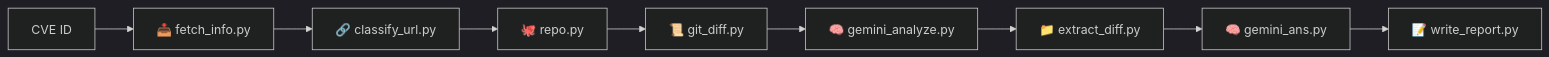
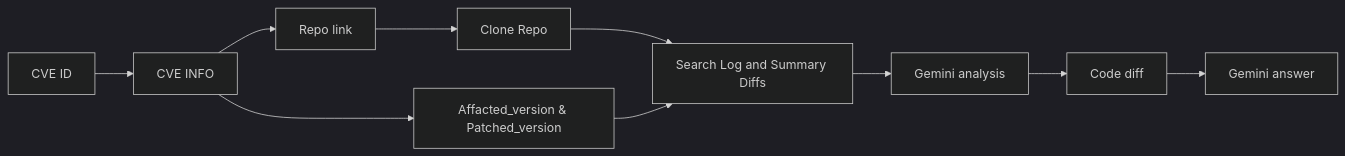
One commit to tuananh244/First_agent changed the diagram in README.md. Above: the diagram before and after it, drawn with Mermaid (dark theme). The commit also changed other lines of this file, not shown here.

````diff
--- a/README.md
+++ b/README.md
@@ -13,13 +53,13 @@
 ```mermaid
 graph LR
 
-    A[CVE ID] --> B[📥 fetch_info.py]
-    B --> C[🔗 classify_url.py ]
-    C --> D[🐙 repo.py]
-    D --> E[📜 git_diff.py]
-    E --> F[🧠 gemini_analyze.py]
-    F --> G[📁 extract_diff.py]
-    G --> H[🧠 gemini_ans.py]
-    H --> I[📝 write_report.py]
-
+    A[CVE ID] --> B[CVE INFO]
+    B --> C[Repo link]
+    C --> D[Clone Repo]
+    D --> F[Search Log and Summary Diffs]
+    B --> E[Affacted_version & Patched_version]
+    E --> F
+    F --> G[Gemini analysis]
+    G --> H[Code diff]
+    H --> K[Gemini answer]
 ```
````
